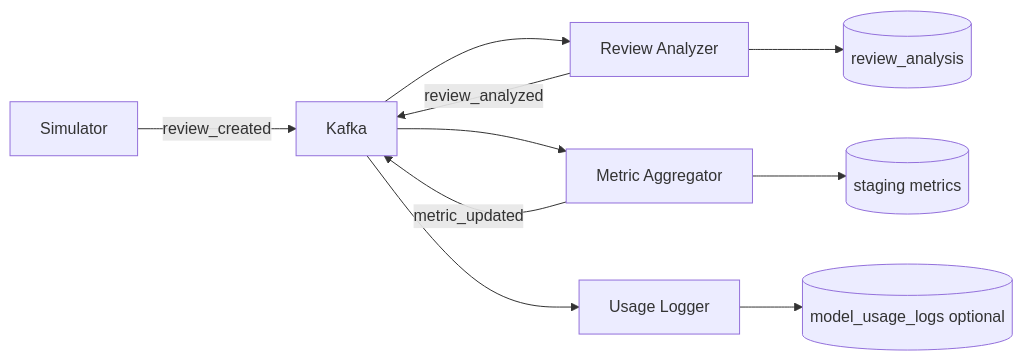
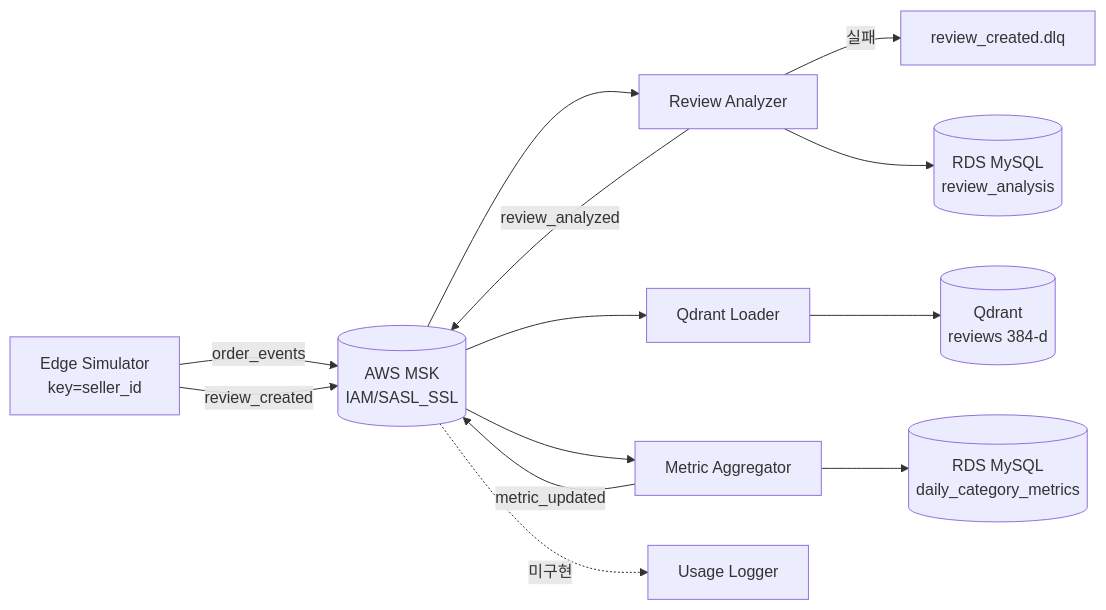
Before and after one commit to archdsp/AI_Commerce_Operation_Platform: the diagram in docs/KAFKA.md, drawn with Mermaid. The commit also changed other lines of this file and 9 other files, not shown here.

````diff
--- a/docs/KAFKA.md
+++ b/docs/KAFKA.md
@@ -129,12 +143,15 @@
 ```mermaid
 flowchart LR
-    SIM[Simulator] -->|review_created| K[Kafka]
+    SIM[Edge Simulator<br/>key=seller_id] -->|order_events| K[(AWS MSK<br/>IAM/SASL_SSL)]
+    SIM -->|review_created| K
     K --> RA[Review Analyzer]
     RA -->|review_analyzed| K
+    RA -->|실패| DLQ[review_created.dlq]
+    RA --> DB[(RDS MySQL<br/>review_analysis)]
+    K --> QL[Qdrant Loader]
+    QL --> QV[(Qdrant<br/>reviews 384-d)]
     K --> MA[Metric Aggregator]
     MA -->|metric_updated| K
-    K --> UL[Usage Logger]
-    RA --> DB[(review_analysis)]
-    MA --> DB2[(staging metrics)]
-    UL --> DB3[(model_usage_logs optional)]
+    MA --> DB2[(RDS MySQL<br/>daily_category_metrics)]
+    K -.->|미구현| UL[Usage Logger]
 ```
````
